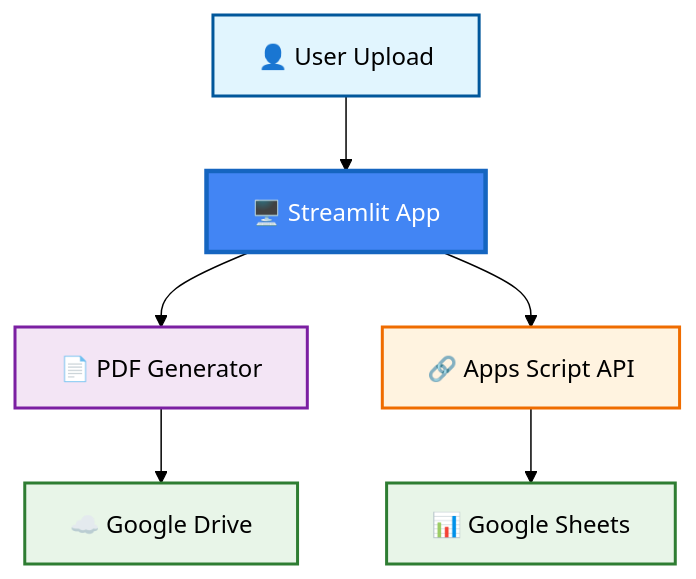
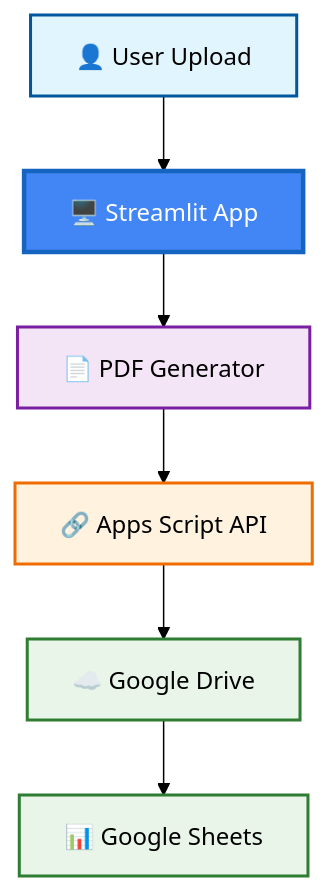
One commit to Felipe-Aranda-INV/Google-Chiron.SxS_PDF_Generator changed the first of 2 diagrams in README.md. Above: the diagram before and after it, drawn with Mermaid (forest theme). The commit also changed other lines of this file, not shown here.

````diff
--- a/README.md
+++ b/README.md
@@ -19,15 +11,15 @@
 ```mermaid
 graph TD
     A[👤 User Upload] --> B[🖥️ Streamlit App]
     B --> C[📄 PDF Generator]
-    C --> D[☁️ Google Drive]
-    B --> E[🔗 Apps Script API]
-    E --> F[📊 Google Sheets]
+    C --> E[🔗 Apps Script API]
+    E --> D[☁️ Google Drive] --> F[📊 Google Sheets]
+    
     
     style A fill:#e1f5fe,stroke:#01579b,stroke-width:2px
     style B fill:#4285f4,color:#fff,stroke:#1565c0,stroke-width:3px
     style C fill:#f3e5f5,stroke:#7b1fa2,stroke-width:2px
     style D fill:#e8f5e8,stroke:#2e7d32,stroke-width:2px
     style E fill:#fff3e0,stroke:#ef6c00,stroke-width:2px
     style F fill:#e8f5e8,stroke:#2e7d32,stroke-width:2px
 ```
````
